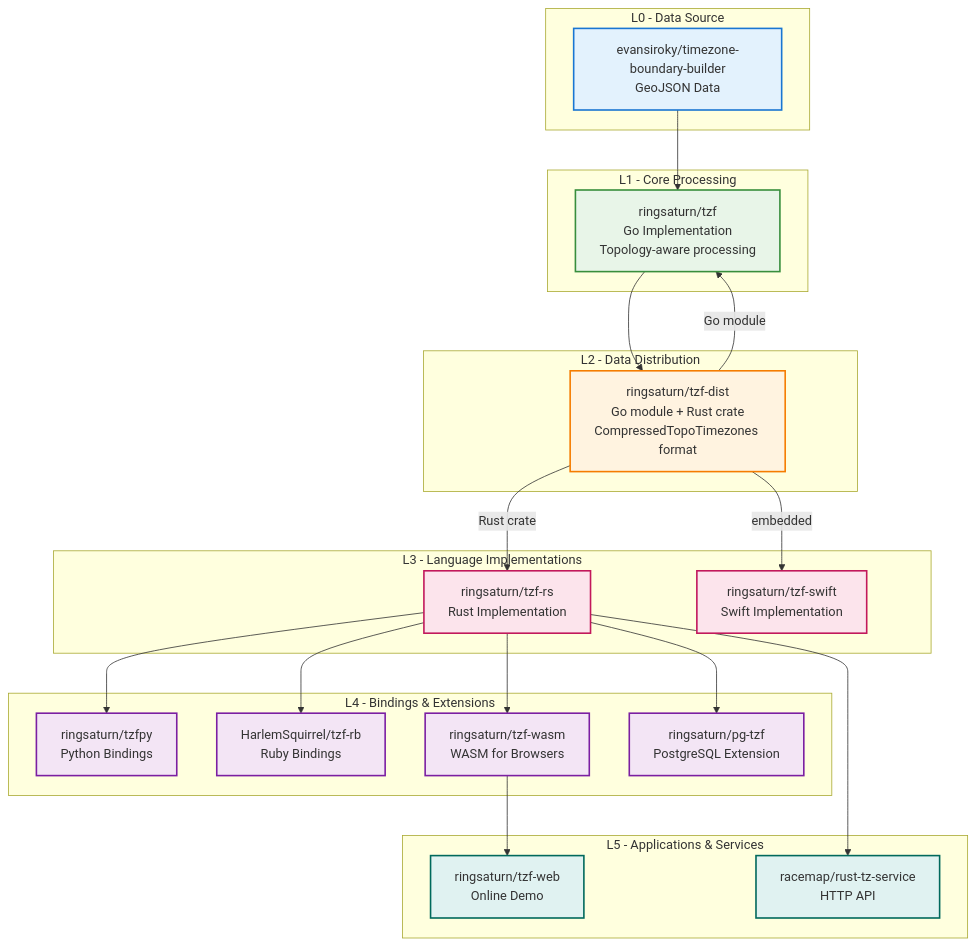
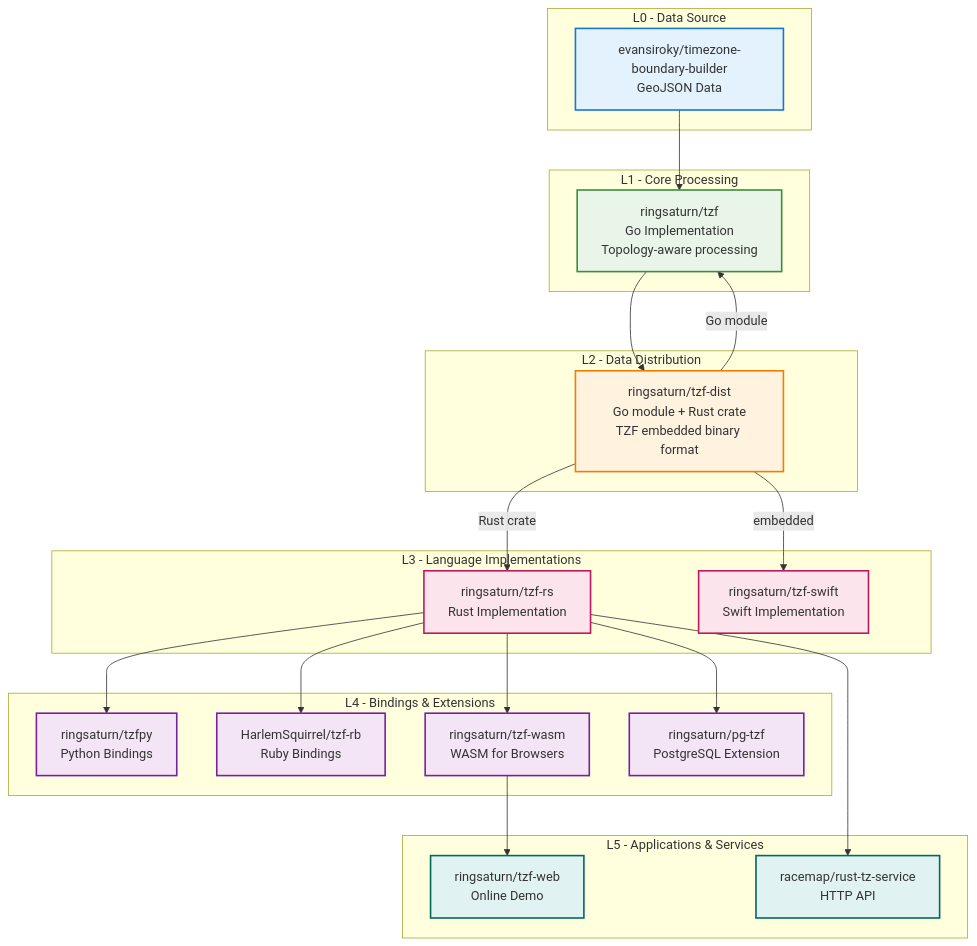
Before and after one commit to ringsaturn/project-tzf: the diagram in content/docs/reference/ecosystem.en.md, drawn with Mermaid. The commit also changed other lines of this file and 45 other files, not shown here.

````diff
--- a/content/docs/reference/ecosystem.en.md
+++ b/content/docs/reference/ecosystem.en.md
@@ -16,72 +16,72 @@
 ```mermaid
 %%{init: {"flowchart": {"htmlLabels": true}, "theme": "default"}}%%
 graph TD
     %% L0 - Data Source
     subgraph L0["L0 - Data Source"]
         GeoJSON[evansiroky/timezone-boundary-builder<br/>GeoJSON Data]
     end
 
     %% L1 - Core Processing
     subgraph L1["L1 - Core Processing"]
         TZF[ringsaturn/tzf<br/>Go Implementation<br/>Topology-aware processing]
     end
 
     %% L2 - Data Distribution
     subgraph L2["L2 - Data Distribution"]
-        TZF_DIST[ringsaturn/tzf-dist<br/>Go module + Rust crate<br/>CompressedTopoTimezones format]
+        TZF_DIST[ringsaturn/tzf-dist<br/>Go module + Rust crate<br/>TZF embedded binary format]
     end
 
     %% L3 - Language Implementations
     subgraph L3["L3 - Language Implementations"]
         TZF_RS[ringsaturn/tzf-rs<br/>Rust Implementation]
         TZF_SWIFT[ringsaturn/tzf-swift<br/>Swift Implementation]
     end
 
     %% L4 - Language Bindings & Extensions
     subgraph L4["L4 - Bindings & Extensions"]
         TZFPY[ringsaturn/tzfpy<br/>Python Bindings]
         TZF_RB[HarlemSquirrel/tzf-rb<br/>Ruby Bindings]
         TZF_WASM[ringsaturn/tzf-wasm<br/>WASM for Browsers]
         PG_TZF[ringsaturn/pg-tzf<br/>PostgreSQL Extension]
     end
 
     %% L5 - Applications & Services
     subgraph L5["L5 - Applications & Services"]
         TZF_WEB[ringsaturn/tzf-web<br/>Online Demo]
         RUST_TZ_SERVICE[racemap/rust-tz-service<br/>HTTP API]
     end
 
     %% Data Flow
     GeoJSON --> TZF
     TZF --> TZF_DIST
 
     %% Go uses tzf-dist directly
     TZF_DIST --> |Go module| TZF
     TZF_DIST --> |Rust crate| TZF_RS
     TZF_DIST --> |embedded| TZF_SWIFT
 
     %% Rust Ecosystem
     TZF_RS --> TZFPY
     TZF_RS --> TZF_RB
     TZF_RS --> TZF_WASM
     TZF_RS --> PG_TZF
     TZF_RS --> RUST_TZ_SERVICE
 
     %% Web Applications
     TZF_WASM --> TZF_WEB
 
     %% Styling
     classDef l0 fill:#e3f2fd,stroke:#1976d2,stroke-width:2px
     classDef l1 fill:#e8f5e8,stroke:#388e3c,stroke-width:2px
     classDef l2 fill:#fff3e0,stroke:#f57c00,stroke-width:2px
     classDef l3 fill:#fce4ec,stroke:#c2185b,stroke-width:2px
     classDef l4 fill:#f3e5f5,stroke:#7b1fa2,stroke-width:2px
     classDef l5 fill:#e0f2f1,stroke:#00695c,stroke-width:2px
 
     class GeoJSON l0
     class TZF l1
     class TZF_DIST l2
     class TZF_RS,TZF_SWIFT l3
     class TZFPY,TZF_RB,TZF_WASM,PG_TZF l4
     class TZF_WEB,RUST_TZ_SERVICE l5
 ```
````
